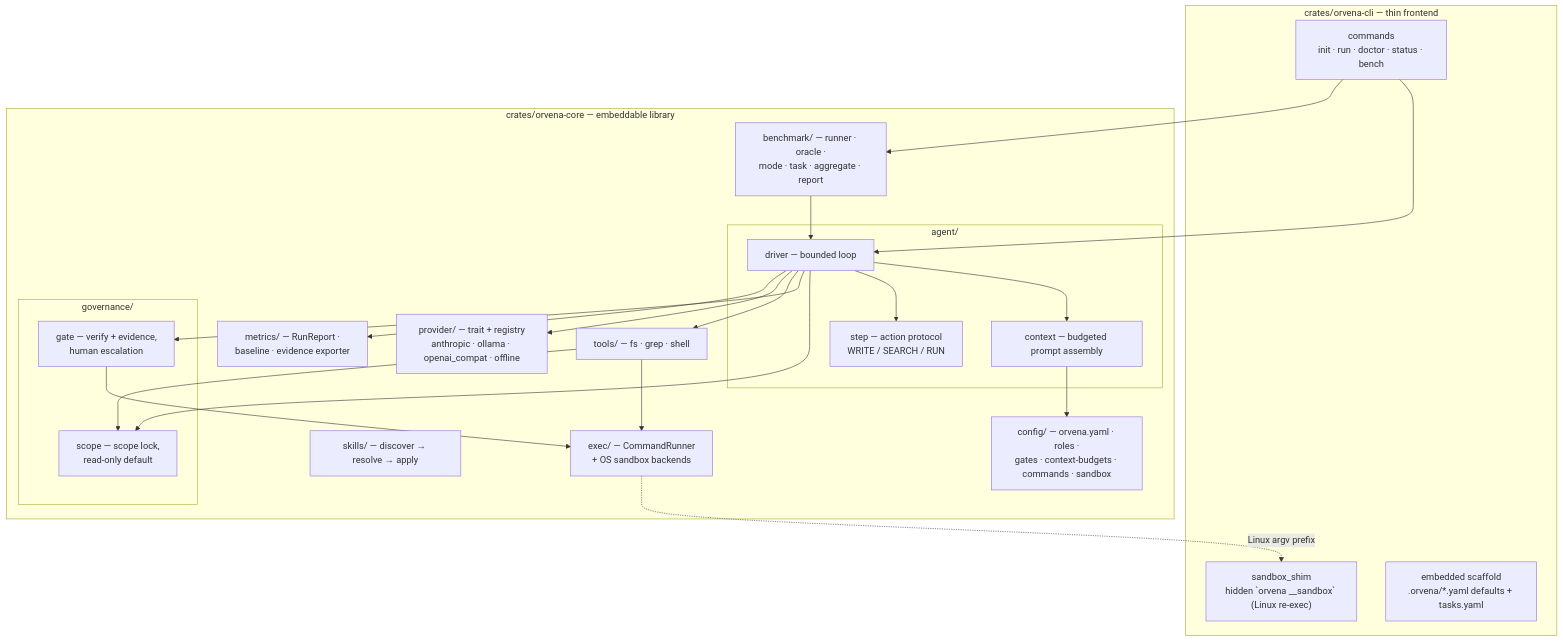
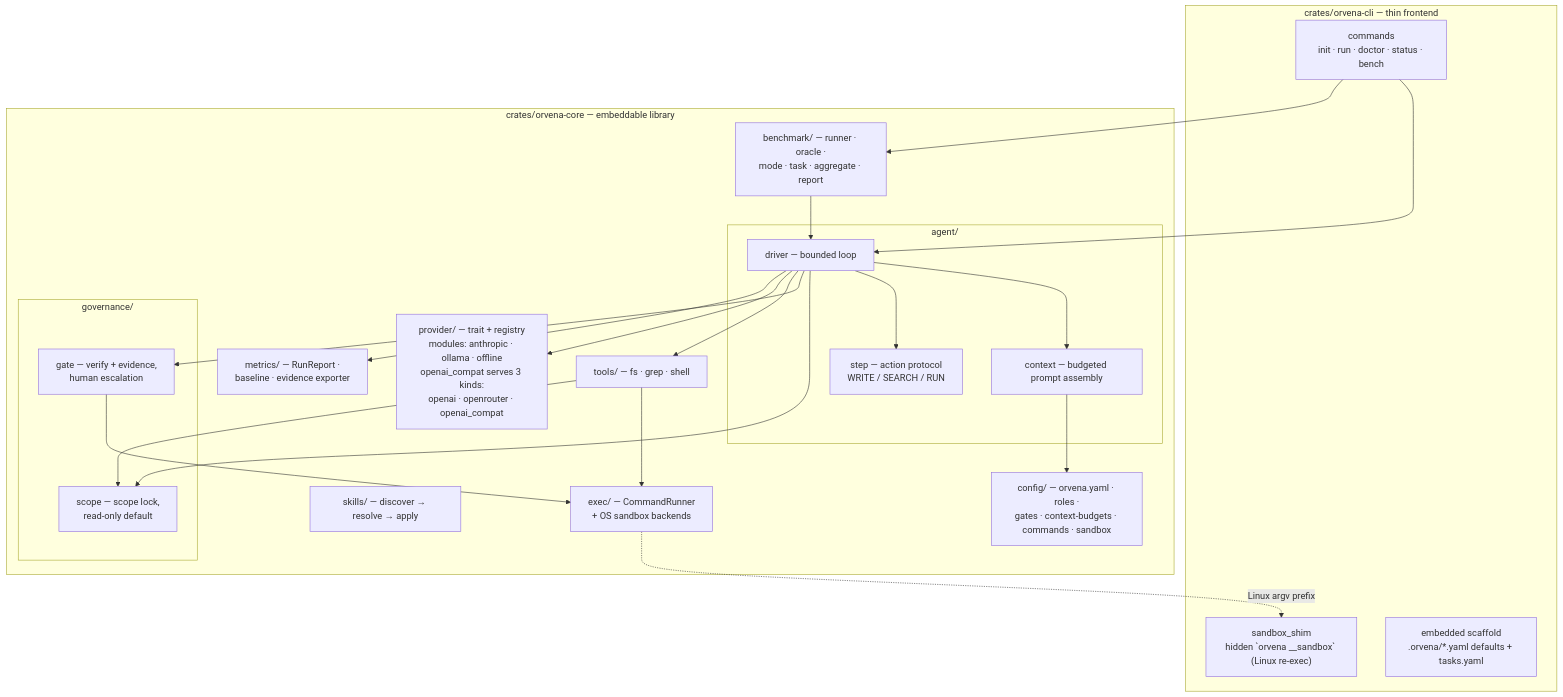
One commit to williamlabdev/Orvena changed the first of 2 diagrams in docs/ARCHITECTURE.md. Above: the diagram before and after it, drawn with Mermaid. The commit also changed 3 other files, not shown here.

First line of the commit message:
docs: refresh every provider-kind list; teach the bench script openai_compat

````diff
--- a/docs/ARCHITECTURE.md
+++ b/docs/ARCHITECTURE.md
@@ -20,37 +20,37 @@
 ```mermaid
 flowchart TB
   subgraph cli["crates/orvena-cli — thin frontend"]
     CMD["commands<br/>init · run · doctor · status · bench"]
     SHIM["sandbox_shim<br/>hidden `orvena __sandbox` (Linux re-exec)"]
     SCAF["embedded scaffold<br/>.orvena/*.yaml defaults + tasks.yaml"]
   end
 
   subgraph core["crates/orvena-core — embeddable library"]
     subgraph loop_["agent/"]
       DRV["driver — bounded loop"]
       CTX["context — budgeted prompt assembly"]
       STEP["step — action protocol<br/>WRITE / SEARCH / RUN"]
     end
     subgraph gov["governance/"]
       SCOPE["scope — scope lock,<br/>read-only default"]
       GATE["gate — verify + evidence,<br/>human escalation"]
     end
     TOOLS["tools/ — fs · grep · shell"]
     EXEC["exec/ — CommandRunner<br/>+ OS sandbox backends"]
-    PROV["provider/ — trait + registry<br/>anthropic · ollama · openai_compat · offline"]
+    PROV["provider/ — trait + registry<br/>modules: anthropic · ollama · offline<br/>openai_compat serves 3 kinds:<br/>openai · openrouter · openai_compat"]
     CFG["config/ — orvena.yaml · roles ·<br/>gates · context-budgets · commands · sandbox"]
     MET["metrics/ — RunReport ·<br/>baseline · evidence exporter"]
     SKILL["skills/ — discover → resolve → apply"]
     BENCH["benchmark/ — runner · oracle ·<br/>mode · task · aggregate · report"]
   end
 
   CMD --> DRV
   DRV --> CTX & STEP & SCOPE & GATE & TOOLS & PROV & MET
   CTX --> CFG
   TOOLS --> SCOPE
   TOOLS --> EXEC
   GATE --> EXEC
   EXEC -.->|"Linux argv prefix"| SHIM
   BENCH --> DRV
   CMD --> BENCH
 ```
````
